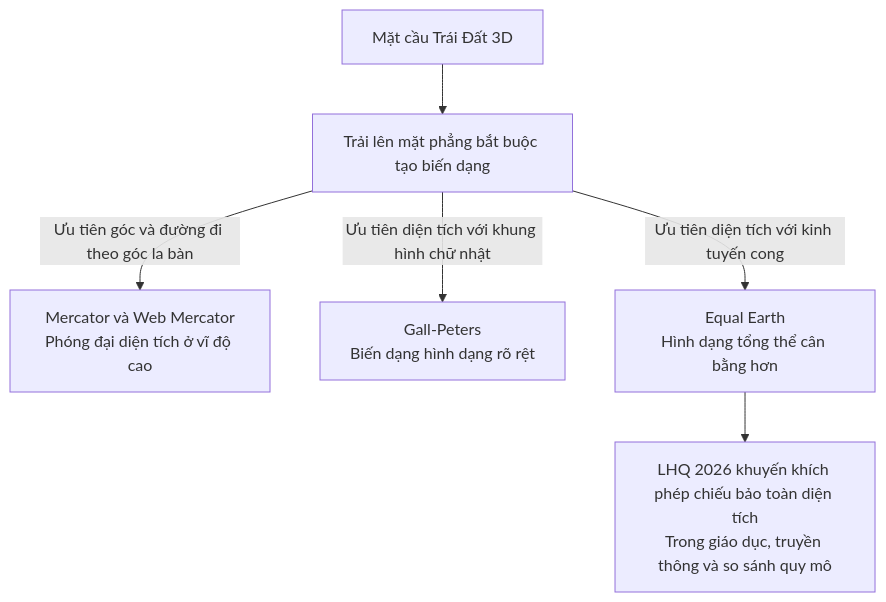
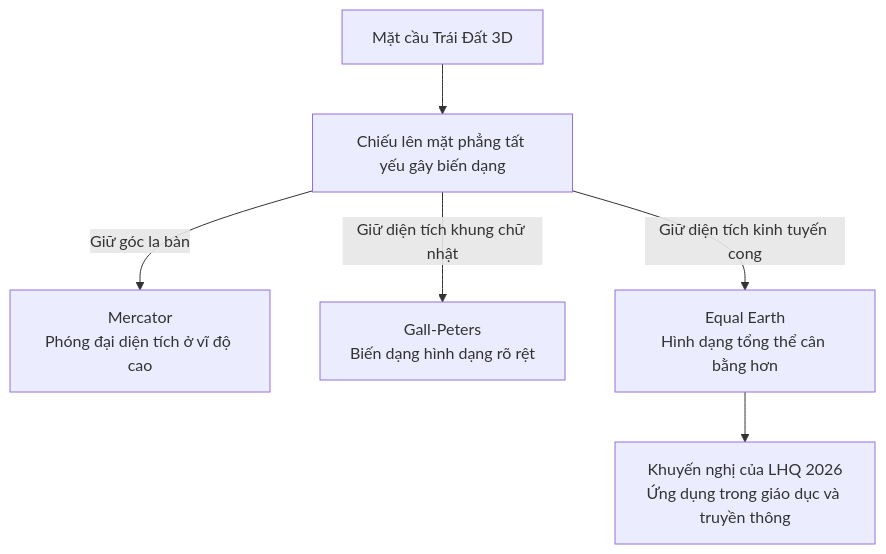
Before and after one commit to justinkaxau/mercury: the diagram in content/Phép chiếu Equal Earth - Vẽ lại thế giới.md, drawn with Mermaid. The commit also changed other lines of this file, not shown here.

Commit message:
docs: cap nhat noi dung note Phep chieu Equal Earth

````diff
--- a/content/Phép chiếu Equal Earth - Vẽ lại thế giới.md
+++ b/content/Phép chiếu Equal Earth - Vẽ lại thế giới.md
@@ -9,8 +9,8 @@
 ```mermaid
 flowchart TD
-    A[Mặt cầu Trái Đất 3D] --> B[Trải lên mặt phẳng bắt buộc tạo biến dạng]
-    B -->|Ưu tiên góc và đường đi theo góc la bàn| C[Mercator và Web Mercator<br>Phóng đại diện tích ở vĩ độ cao]
-    B -->|Ưu tiên diện tích với khung hình chữ nhật| D[Gall-Peters<br>Biến dạng hình dạng rõ rệt]
-    B -->|Ưu tiên diện tích với kinh tuyến cong| E[Equal Earth<br>Hình dạng tổng thể cân bằng hơn]
-    E --> F[LHQ 2026 khuyến khích phép chiếu bảo toàn diện tích<br>Trong giáo dục, truyền thông và so sánh quy mô]
+    A[Mặt cầu Trái Đất 3D] --> B[Chiếu lên mặt phẳng tất yếu gây biến dạng]
+    B -->|Giữ góc la bàn| C[Mercator<br>Phóng đại diện tích ở vĩ độ cao]
+    B -->|Giữ diện tích khung chữ nhật| D[Gall-Peters<br>Biến dạng hình dạng rõ rệt]
+    B -->|Giữ diện tích kinh tuyến cong| E[Equal Earth<br>Hình dạng tổng thể cân bằng hơn]
+    E --> F[Khuyến nghị của LHQ 2026<br>Ứng dụng trong giáo dục và truyền thông]
 ```
````
